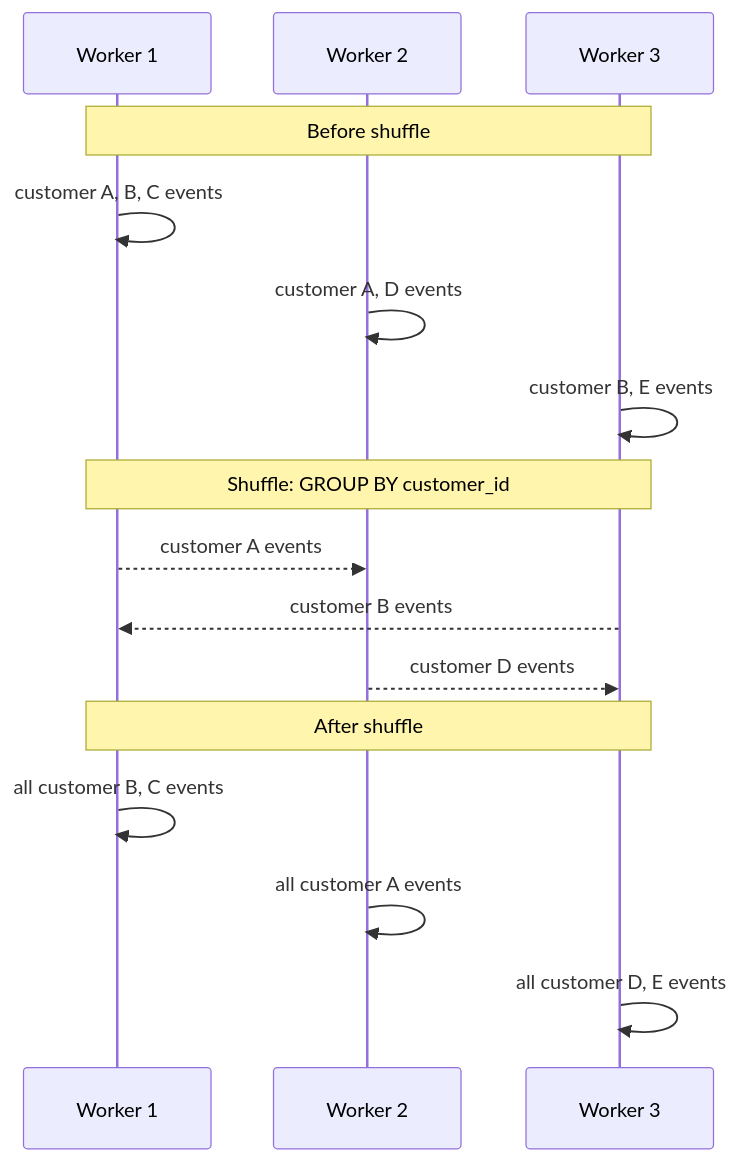
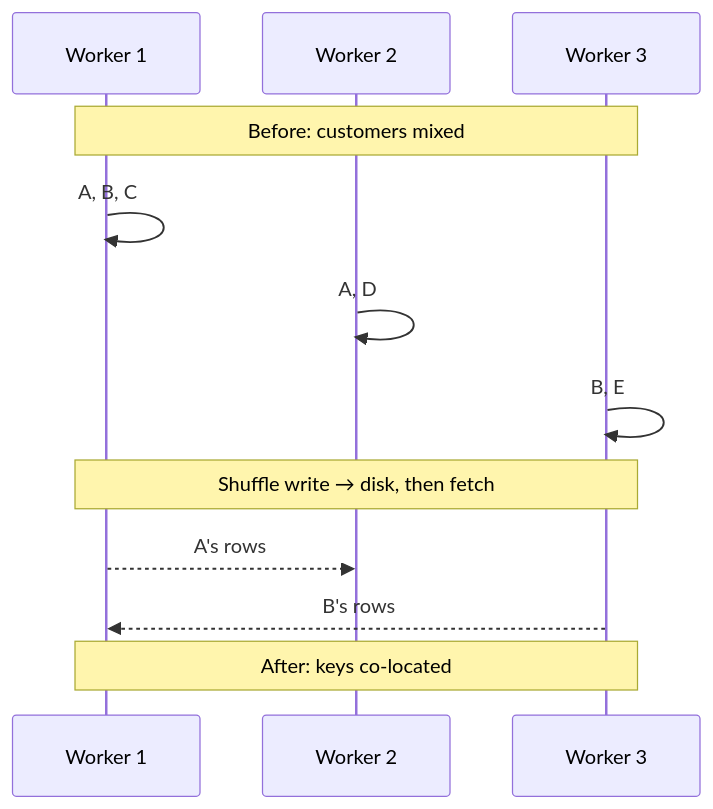
Before and after one commit to sanketn26/data-engineering: the second of 2 diagrams in docs/foundations/data-movement.md, drawn with Mermaid. The commit also changed other lines of this file and 20 other files, not shown here.

````diff
--- a/docs/foundations/data-movement.md
+++ b/docs/foundations/data-movement.md
@@ -81,22 +113,14 @@
 ```mermaid
 sequenceDiagram
     participant W1 as Worker 1
     participant W2 as Worker 2
     participant W3 as Worker 3
-
-    Note over W1,W3: Before shuffle
-    W1->>W1: customer A, B, C events
-    W2->>W2: customer A, D events
-    W3->>W3: customer B, E events
-
-    Note over W1,W3: Shuffle: GROUP BY customer_id
-
-    W1-->>W2: customer A events
-    W3-->>W1: customer B events
-    W2-->>W3: customer D events
-
-    Note over W1,W3: After shuffle
-    W1->>W1: all customer B, C events
-    W2->>W2: all customer A events
-    W3->>W3: all customer D, E events
+    Note over W1,W3: Before: customers mixed
+    W1->>W1: A, B, C
+    W2->>W2: A, D
+    W3->>W3: B, E
+    Note over W1,W3: Shuffle write → disk, then fetch
+    W1-->>W2: A's rows
+    W3-->>W1: B's rows
+    Note over W1,W3: After: keys co-located
 ```
````
